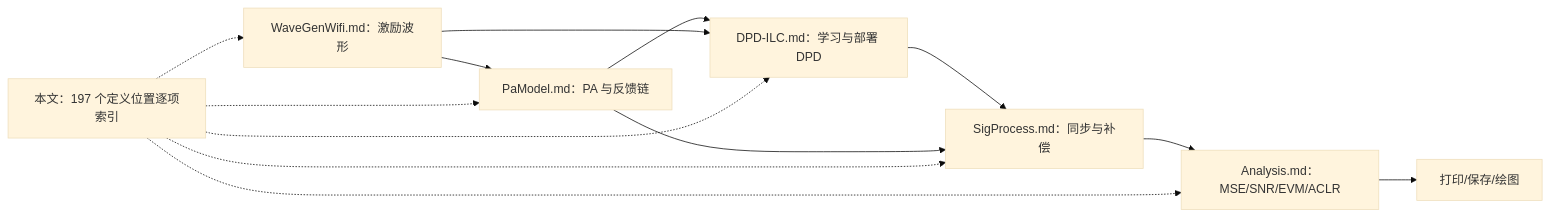
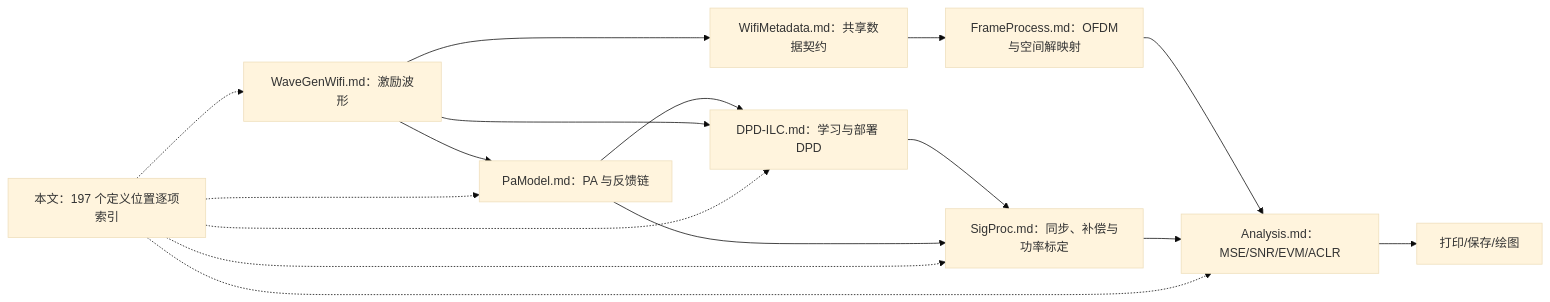
One commit to niyilu45/DPD_ILC changed the diagram in doc/FunctionPrinciples.md. Above: the diagram before and after it, drawn with Mermaid (base theme). The commit also changed other lines of this file and 19 other files, not shown here.

````diff
--- a/doc/FunctionPrinciples.md
+++ b/doc/FunctionPrinciples.md
@@ -20,15 +20,18 @@
 ```mermaid
 flowchart LR
     wave["WaveGenWifi.md：激励波形"] --> pa["PaModel.md：PA 与反馈链"]
     pa --> ilc["DPD-ILC.md：学习与部署 DPD"]
     wave --> ilc
-    ilc --> sync["SigProcess.md：同步与补偿"]
+    ilc --> sync["SigProc.md：同步、补偿与功率标定"]
+    wave --> metadata["WifiMetadata.md：共享数据契约"]
+    metadata --> frame["FrameProcess.md：OFDM与空间解映射"]
+    frame --> analysis
     pa --> sync
     sync --> analysis["Analysis.md：MSE/SNR/EVM/ACLR"]
     analysis --> report["打印/保存/绘图"]
     audit["本文：197 个定义位置逐项索引"] -.-> wave
     audit -.-> pa
     audit -.-> ilc
     audit -.-> sync
     audit -.-> analysis
 ```
````
